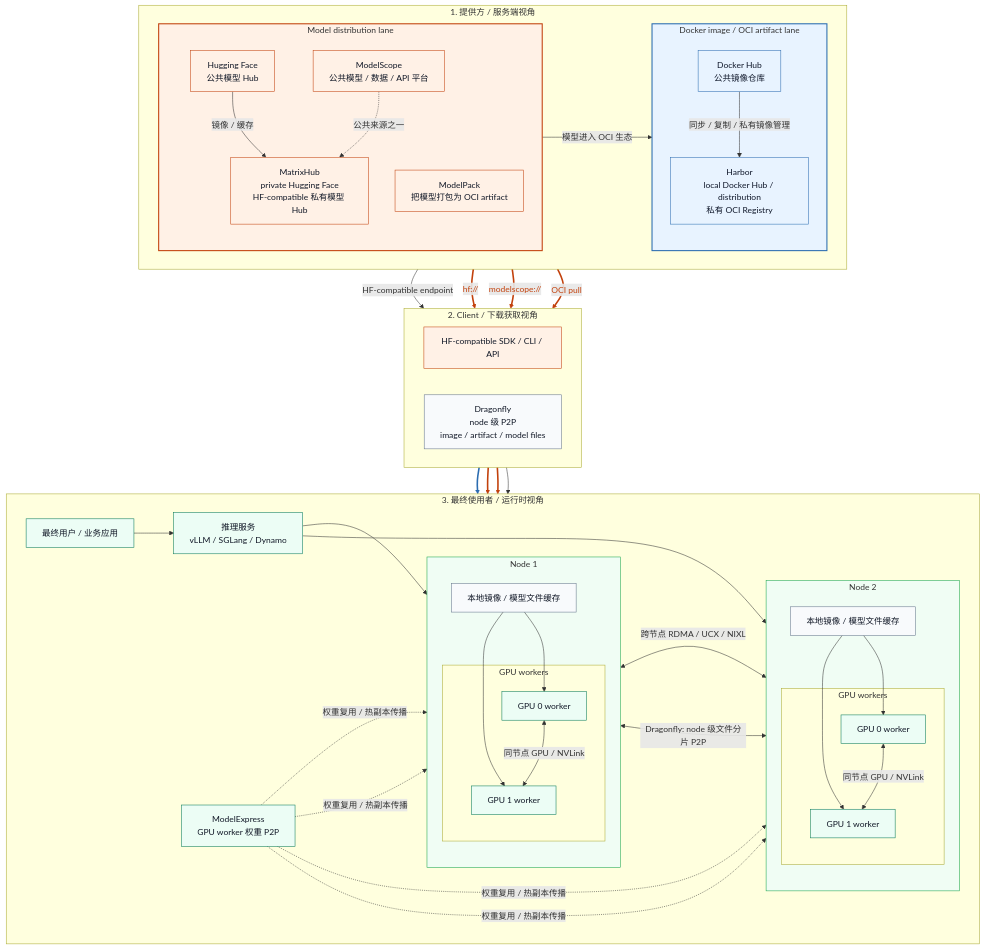
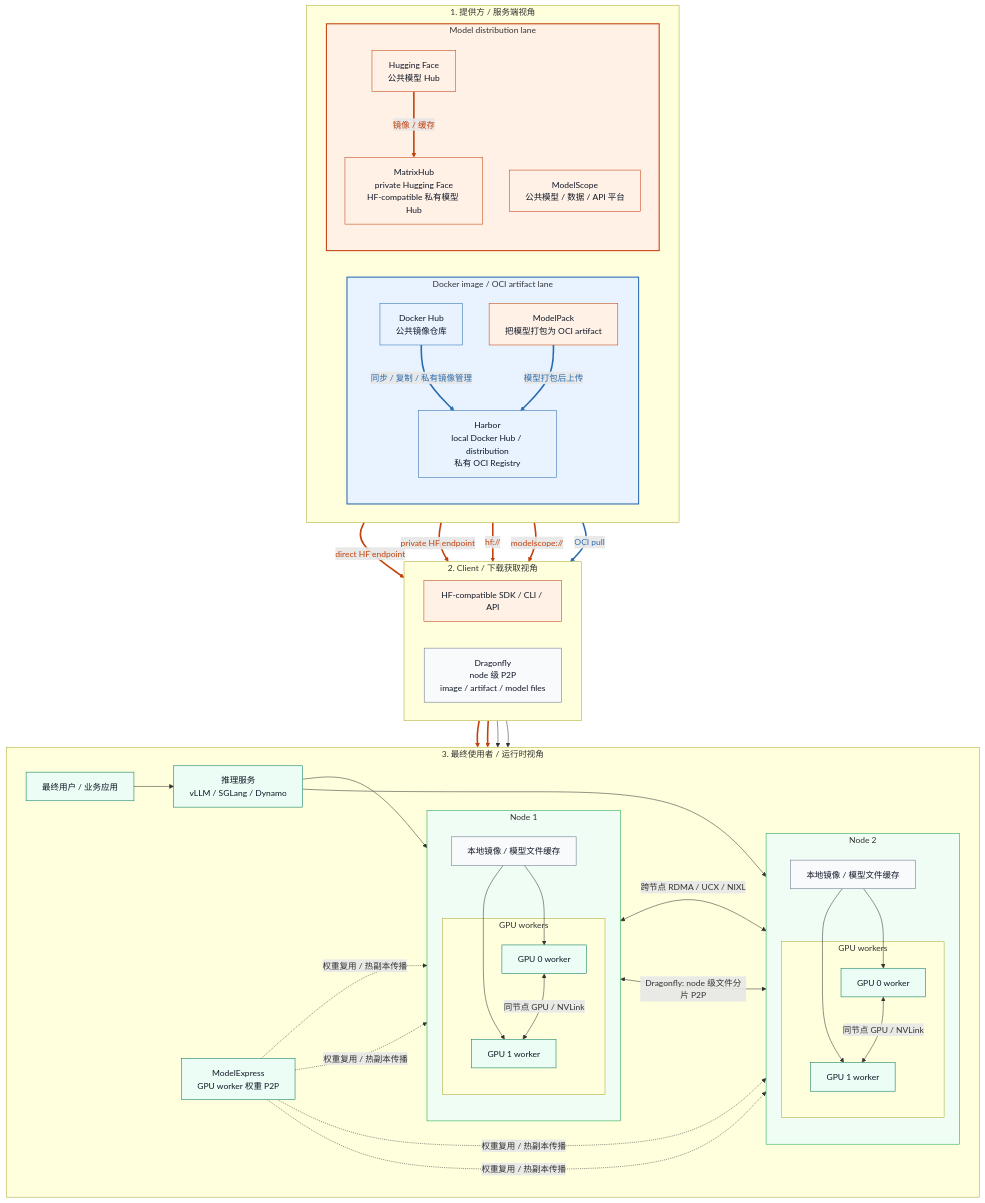
Before and after one commit to pacoxu/AI-Infra: the first of 4 diagrams in docs/blog/2026-04-28/2026-04-28-understanding-model-distribution-stack_zh.md, drawn with Mermaid. The commit also changed other lines of this file and 1 other file, not shown here.

Commit message:
docs: fix HF and MatrixHub relationship in diagrams

````diff
--- a/docs/blog/2026-04-28/2026-04-28-understanding-model-distribution-stack_zh.md
+++ b/docs/blog/2026-04-28/2026-04-28-understanding-model-distribution-stack_zh.md
@@ -44,8 +44,10 @@
     subgraph OCI_LANE["Docker image / OCI artifact lane"]
       direction TB
       DH["Docker Hub<br/>公共镜像仓库"]
+      MP["ModelPack<br/>把模型打包为 OCI artifact"]
       HB["Harbor<br/>local Docker Hub / distribution<br/>私有 OCI Registry"]
       DH -->|"同步 / 复制 / 私有镜像管理"| HB
+      MP -->|"模型打包后上传"| HB
     end
 
     subgraph MODEL_LANE["Model distribution lane"]
@@ -53,10 +55,7 @@
       HF["Hugging Face<br/>公共模型 Hub"]
       MS["ModelScope<br/>公共模型 / 数据 / API 平台"]
       MX["MatrixHub<br/>private Hugging Face<br/>HF-compatible 私有模型 Hub"]
-      MP["ModelPack<br/>把模型打包为 OCI artifact"]
       HF -->|"镜像 / 缓存"| MX
-      MS -. "公共来源之一" .-> MX
-      MP -->|"模型进入 OCI 生态"| HB
     end
   end
 
@@ -91,7 +90,8 @@
     end
   end
 
-  MX -->|"HF-compatible endpoint"| PULL
+  HF -->|"direct HF endpoint"| PULL
+  MX -->|"private HF endpoint"| PULL
   HF -->|"hf://"| DF
   MS -->|"modelscope://"| DF
   HB -->|"OCI pull"| DF
@@ -129,6 +129,6 @@
   style MODEL_LANE fill:#fff1e6,stroke:#c2410c,stroke-width:2px
   style N1 fill:#f0fdf4,stroke:#16a34a,stroke-width:1px
   style N2 fill:#f0fdf4,stroke:#16a34a,stroke-width:1px
-  linkStyle 5,6,7,9,10 stroke:#c2410c,stroke-width:3px,color:#c2410c
-  linkStyle 8 stroke:#2b6cb0,stroke-width:3px,color:#2b6cb0
+  linkStyle 2,3,4,5,6,8,9 stroke:#c2410c,stroke-width:3px,color:#c2410c
+  linkStyle 0,1,7 stroke:#2b6cb0,stroke-width:3px,color:#2b6cb0
 ```
````
